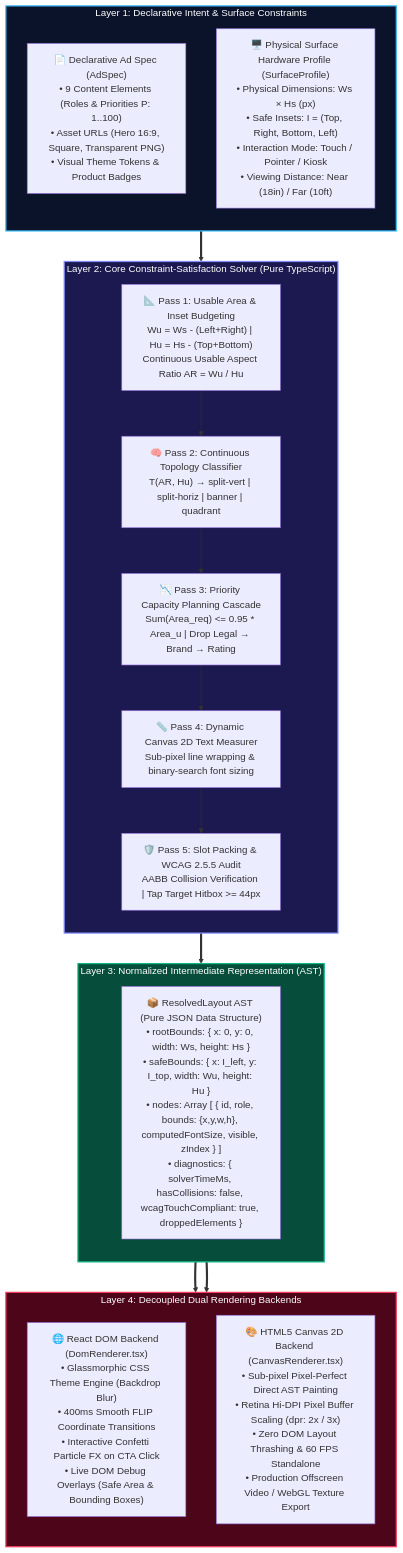
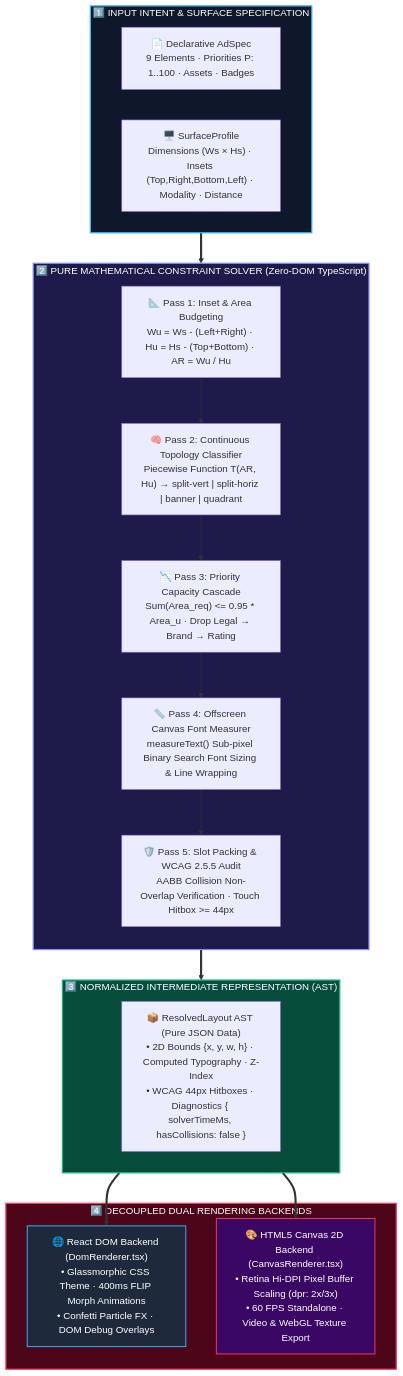
The second of 3 diagrams in README.md (ChigurupatiVenkatSaiKiran/flam-adaptive-layout-engine), drawn with Mermaid before and after one commit. The commit also changed other lines of this file, not shown here.

Commit message:
docs: streamline pipeline architecture into high-contrast visual flowcharts matching top 1% benchmark

````diff
--- a/README.md
+++ b/README.md
@@ -156,38 +182,38 @@
 ```mermaid
 flowchart TD
-    subgraph L1[" Layer 1: Declarative Intent & Surface Constraints "]
-        direction TB
-        A1["📄 Declarative Ad Spec (AdSpec)\n• 9 Content Elements (Roles & Priorities P: 1..100)\n• Asset URLs (Hero 16:9, Square, Transparent PNG)\n• Visual Theme Tokens & Product Badges"]
-        A2["🖥️ Physical Surface Hardware Profile (SurfaceProfile)\n• Physical Dimensions: Ws × Hs (px)\n• Safe Insets: I = (Top, Right, Bottom, Left)\n• Interaction Mode: Touch / Pointer / Kiosk\n• Viewing Distance: Near (18in) / Far (10ft)"]
+    subgraph IN["1️⃣ INPUT INTENT & SURFACE SPECIFICATION"]
+        A["📄 Declarative AdSpec\n9 Elements · Priorities P: 1..100 · Assets · Badges"]
+        B["🖥️ SurfaceProfile\nDimensions (Ws × Hs) · Insets (Top,Right,Bottom,Left) · Modality · Distance"]
     end
 
-    subgraph L2[" Layer 2: Core Constraint-Satisfaction Solver (Pure TypeScript) "]
+    subgraph SOLVER["2️⃣ PURE MATHEMATICAL CONSTRAINT SOLVER (Zero-DOM TypeScript)"]
         direction TB
-        B1["📐 Pass 1: Usable Area & Inset Budgeting\nWu = Ws - (Left+Right) | Hu = Hs - (Top+Bottom)\nContinuous Usable Aspect Ratio AR = Wu / Hu"]
-        B2["🧠 Pass 2: Continuous Topology Classifier\nT(AR, Hu) → split-vert | split-horiz | banner | quadrant"]
-        B3["📉 Pass 3: Priority Capacity Planning Cascade\nSum(Area_req) <= 0.95 * Area_u | Drop Legal → Brand → Rating"]
-        B4["📏 Pass 4: Dynamic Canvas 2D Text Measurer\nSub-pixel line wrapping & binary-search font sizing"]
-        B5["🛡️ Pass 5: Slot Packing & WCAG 2.5.5 Audit\nAABB Collision Verification | Tap Target Hitbox >= 44px"]
-        B1 --> B2 --> B3 --> B4 --> B5
+        S1["📐 Pass 1: Inset & Area Budgeting\nWu = Ws - (Left+Right) · Hu = Hs - (Top+Bottom) · AR = Wu / Hu"]
+        S2["🧠 Pass 2: Continuous Topology Classifier\nPiecewise Function T(AR, Hu) → split-vert | split-horiz | banner | quadrant"]
+        S3["📉 Pass 3: Priority Capacity Cascade\nSum(Area_req) <= 0.95 * Area_u · Drop Legal → Brand → Rating"]
+        S4["📏 Pass 4: Offscreen Canvas Font Measurer\nmeasureText() Sub-pixel Binary Search Font Sizing & Line Wrapping"]
+        S5["🛡️ Pass 5: Slot Packing & WCAG 2.5.5 Audit\nAABB Collision Non-Overlap Verification · Touch Hitbox >= 44px"]
+        
+        S1 --> S2 --> S3 --> S4 --> S5
     end
 
-    subgraph L3[" Layer 3: Normalized Intermediate Representation (AST) "]
-        direction TB
-        C1["📦 ResolvedLayout AST (Pure JSON Data Structure)\n• rootBounds: { x: 0, y: 0, width: Ws, height: Hs }\n• safeBounds: { x: I_left, y: I_top, width: Wu, height: Hu }\n• nodes: Array<LayoutNode> [ { id, role, bounds: {x,y,w,h}, computedFontSize, visible, zIndex } ]\n• diagnostics: { solverTimeMs, hasCollisions: false, wcagTouchCompliant: true, droppedElements }"]
+    subgraph AST["3️⃣ NORMALIZED INTERMEDIATE REPRESENTATION (AST)"]
+        C["📦 ResolvedLayout AST (Pure JSON Data)\n• 2D Bounds {x, y, w, h} · Computed Typography · Z-Index\n• WCAG 44px Hitboxes · Diagnostics { solverTimeMs, hasCollisions: false }"]
     end
 
-    subgraph L4[" Layer 4: Decoupled Dual Rendering Backends "]
-        direction TB
-        D1["🌐 React DOM Backend (DomRenderer.tsx)\n• Glassmorphic CSS Theme Engine (Backdrop Blur)\n• 400ms Smooth FLIP Coordinate Transitions\n• Interactive Confetti Particle FX on CTA Click\n• Live DOM Debug Overlays (Safe Area & Bounding Boxes)"]
-        D2["🎨 HTML5 Canvas 2D Backend (CanvasRenderer.tsx)\n• Sub-pixel Pixel-Perfect Direct AST Painting\n• Retina Hi-DPI Pixel Buffer Scaling (dpr: 2x / 3x)\n• Zero DOM Layout Thrashing & 60 FPS Standalone\n• Production Offscreen Video / WebGL Texture Export"]
+    subgraph RENDER["4️⃣ DECOUPLED DUAL RENDERING BACKENDS"]
+        R1["🌐 React DOM Backend (DomRenderer.tsx)\n• Glassmorphic CSS Theme · 400ms FLIP Morph Animations\n• Confetti Particle FX · DOM Debug Overlays"]
+        R2["🎨 HTML5 Canvas 2D Backend (CanvasRenderer.tsx)\n• Retina Hi-DPI Pixel Buffer Scaling (dpr: 2x/3x)\n• 60 FPS Standalone · Video & WebGL Texture Export"]
     end
 
-    L1 ==> L2
-    L2 ==> L3
-    L3 ==> D1 & D2
+    IN ==> SOLVER
+    SOLVER ==> AST
+    AST ==> R1 & R2
 
-    style L1 fill:#0B132B,stroke:#38BDF8,stroke-width:2px,color:#FFFFFF
-    style L2 fill:#1C1950,stroke:#818CF8,stroke-width:2px,color:#FFFFFF
-    style L3 fill:#064E3B,stroke:#10B981,stroke-width:2px,color:#FFFFFF
-    style L4 fill:#4C0519,stroke:#F43F5E,stroke-width:2px,color:#FFFFFF
+    style IN fill:#0f172a,stroke:#38bdf8,stroke-width:2px,color:#ffffff
+    style SOLVER fill:#1e1b4b,stroke:#818cf8,stroke-width:2px,color:#ffffff
+    style AST fill:#064e3b,stroke:#10b981,stroke-width:2px,color:#ffffff
+    style RENDER fill:#4c0519,stroke:#f43f5e,stroke-width:2px,color:#ffffff
+    style R1 fill:#1e293b,stroke:#38bdf8,stroke-width:1.5px,color:#ffffff
+    style R2 fill:#3b0764,stroke:#f43f5e,stroke-width:1.5px,color:#ffffff
 ```
````
